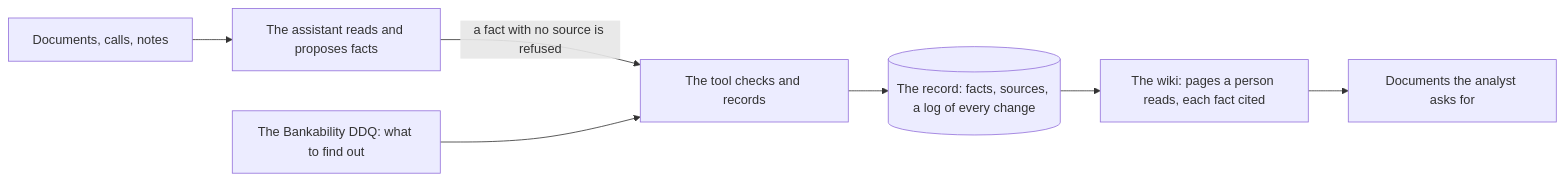
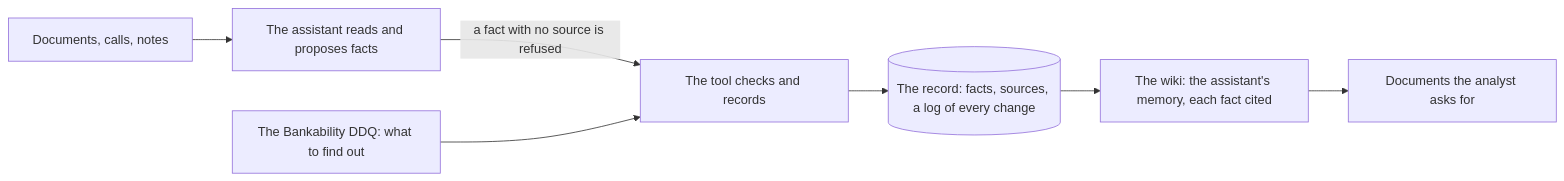
The diagram in README.md (rrecourt2/AIssociate), drawn with Mermaid before and after one commit. The commit also changed other lines of this file, not shown here.

First line of the commit message:
README: say what it is, and that the wiki is the assistant's memory first

````diff
--- a/README.md
+++ b/README.md
@@ -23,9 +23,9 @@
 ```mermaid
 flowchart LR
   D["Documents, calls, notes"] --> A["The assistant reads and proposes facts"]
   A -- "a fact with no source is refused" --> T["The tool checks and records"]
   S["The Bankability DDQ: what to find out"] --> T
   T --> R[("The record: facts, sources, a log of every change")]
-  R --> W["The wiki: pages a person reads, each fact cited"]
+  R --> W["The wiki: the assistant's memory, each fact cited"]
   W --> P["Documents the analyst asks for"]
 ```
````
